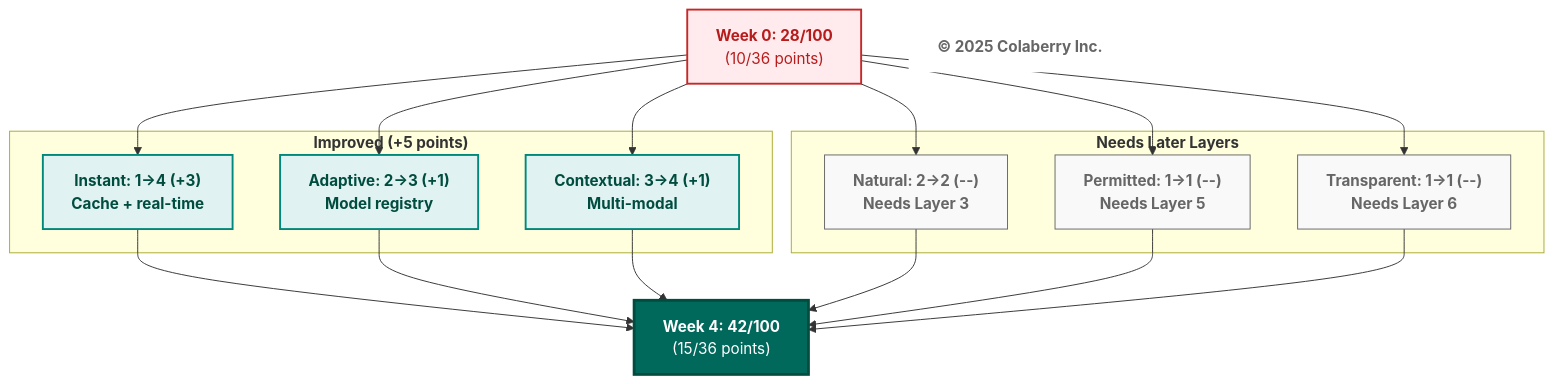
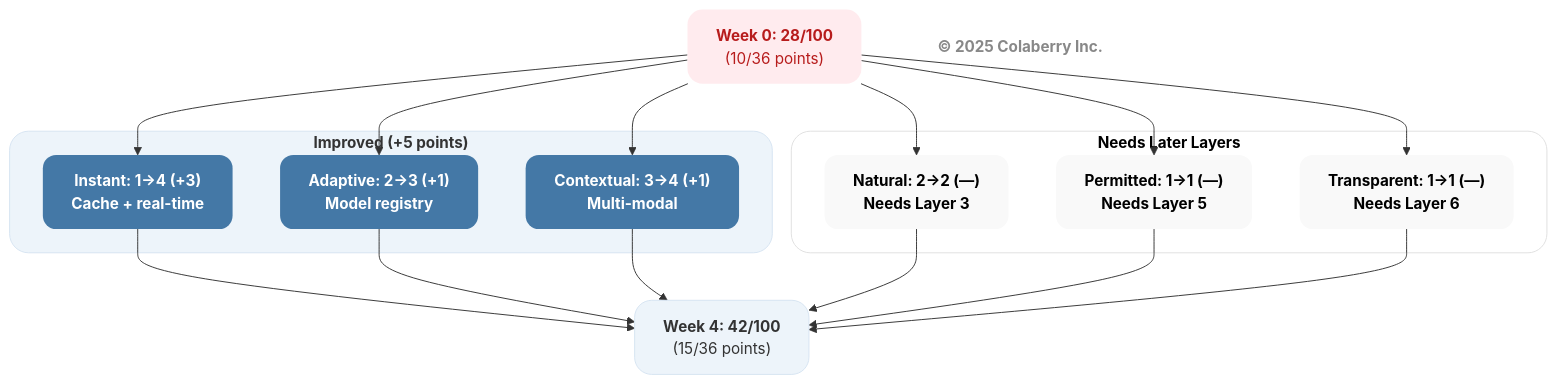
One commit to saitejesh-cyber/trust-before-intelligence-book changed diagram 11 of 11 in manuscript/05_chapter_4_foundation_layers.md. Above: the diagram before and after it, drawn with Mermaid. The commit also changed other lines of this file and 4 other files, not shown here.

Commit message:
Chapter 1to5: Updated mermaid diagrams based on new colaberry color code

````diff
--- a/manuscript/05_chapter_4_foundation_layers.md
+++ b/manuscript/05_chapter_4_foundation_layers.md
@@ -1046,34 +1055,36 @@
 ```mermaid
 graph TB
     BEFORE["<b>Week 0: 28/100</b><br/>(10/36 points)"]
     AFTER["<b>Week 4: 42/100</b><br/>(15/36 points)"]
     
-    subgraph "<b>Improved (+5 points)</b>"
+    subgraph IMPROVED["<b>Improved (+5 points)</b>"]
         A1["<b>Instant: 1→4 (+3)</b><br/><b>Cache + real-time</b>"]
         A4["<b>Adaptive: 2→3 (+1)</b><br/><b>Model registry</b>"]
         A5["<b>Contextual: 3→4 (+1)</b><br/><b>Multi-modal</b>"]
     end
     
-    subgraph "<b>Needs Later Layers</b>"
-        B2["<b>Natural: 2→2 (--)</b><br/><b>Needs Layer 3</b>"]
-        B3["<b>Permitted: 1→1 (--)</b><br/><b>Needs Layer 5</b>"]
-        B6["<b>Transparent: 1→1 (--)</b><br/><b>Needs Layer 6</b>"]
+    subgraph LATER["<b>Needs Later Layers</b>"]
+        B2["<b>Natural: 2→2 (—)</b><br/><b>Needs Layer 3</b>"]
+        B3["<b>Permitted: 1→1 (—)</b><br/><b>Needs Layer 5</b>"]
+        B6["<b>Transparent: 1→1 (—)</b><br/><b>Needs Layer 6</b>"]
     end
     
     Copyright["<b>© 2025 Colaberry Inc.</b>"]
     
     BEFORE --> A1 & A4 & A5
     BEFORE --> B2 & B3 & B6
     A1 & A4 & A5 --> AFTER
     B2 & B3 & B6 --> AFTER
-    
-    style BEFORE fill:#ffebee,stroke:#c62828,stroke-width:2px,color:#b71c1c
-    style AFTER fill:#00695c,color:#ffffff,stroke:#004d40,stroke-width:3px
-    style A1 fill:#e0f2f1,stroke:#00897b,stroke-width:2px,color:#004d40
-    style A4 fill:#e0f2f1,stroke:#00897b,stroke-width:2px,color:#004d40
-    style A5 fill:#e0f2f1,stroke:#00897b,stroke-width:2px,color:#004d40
-    style B2 fill:#f9f9f9,stroke:#666666,stroke-width:1px,color:#666666
-    style B3 fill:#f9f9f9,stroke:#666666,stroke-width:1px,color:#666666
-    style B6 fill:#f9f9f9,stroke:#666666,stroke-width:1px,color:#666666
-    style Copyright fill:#ffffff,stroke:none,color:#666666
+
+    style BEFORE fill:#ffebee,stroke:none,color:#b71c1c,rx:16,ry:16
+    style IMPROVED fill:#edf4fa,stroke:#d6e4f2,stroke-width:1px,color:#333333,rx:20,ry:20
+    style A1 fill:#4478A6,stroke:none,color:#ffffff,rx:14,ry:14
+    style A4 fill:#4478A6,stroke:none,color:#ffffff,rx:14,ry:14
+    style A5 fill:#4478A6,stroke:none,color:#ffffff,rx:14,ry:14
+    style LATER fill:#ffffff,stroke:#e0e0e0,stroke-width:1px,color:#000000,rx:20,ry:20
+    style B2 fill:#f9f9f9,stroke:none,color:#000000,rx:14,ry:14
+    style B3 fill:#f9f9f9,stroke:none,color:#000000,rx:14,ry:14
+    style B6 fill:#f9f9f9,stroke:none,color:#000000,rx:14,ry:14
+    style AFTER fill:#edf4fa,stroke:#d6e4f2,stroke-width:1px,color:#333333,rx:18,ry:18
+    style Copyright fill:none,stroke:none,color:#888888
 ```
````
